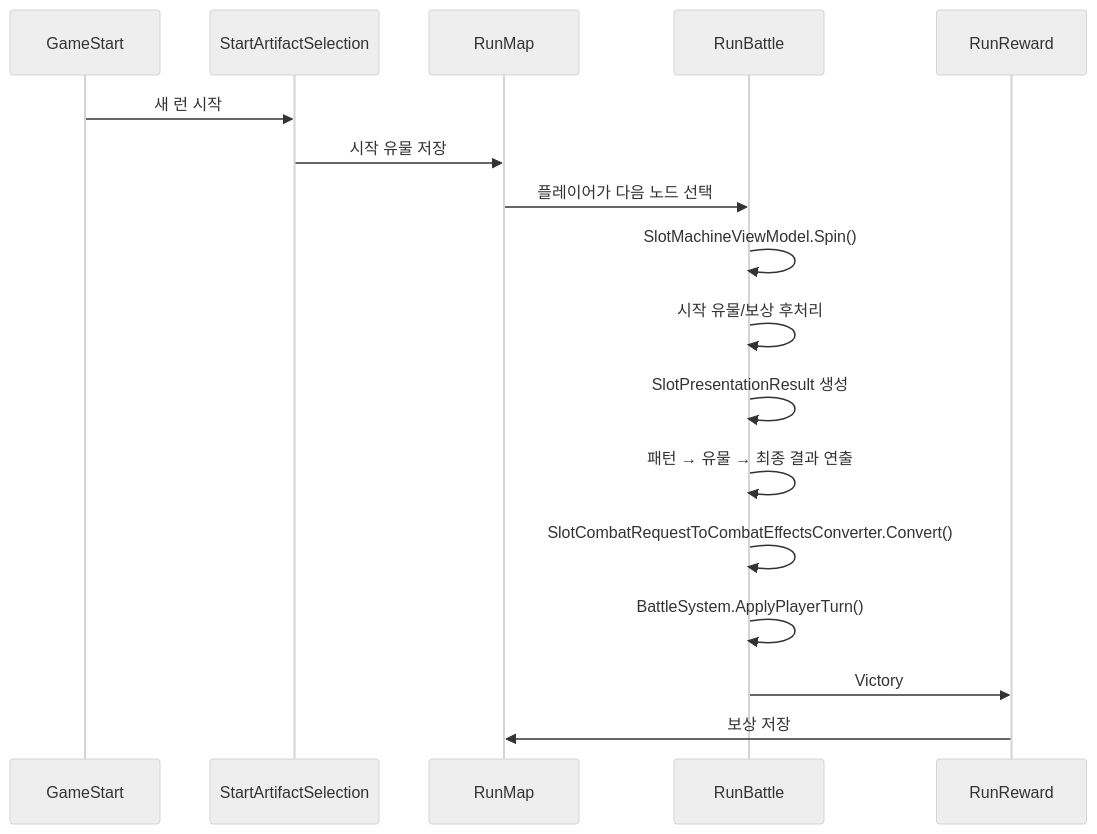
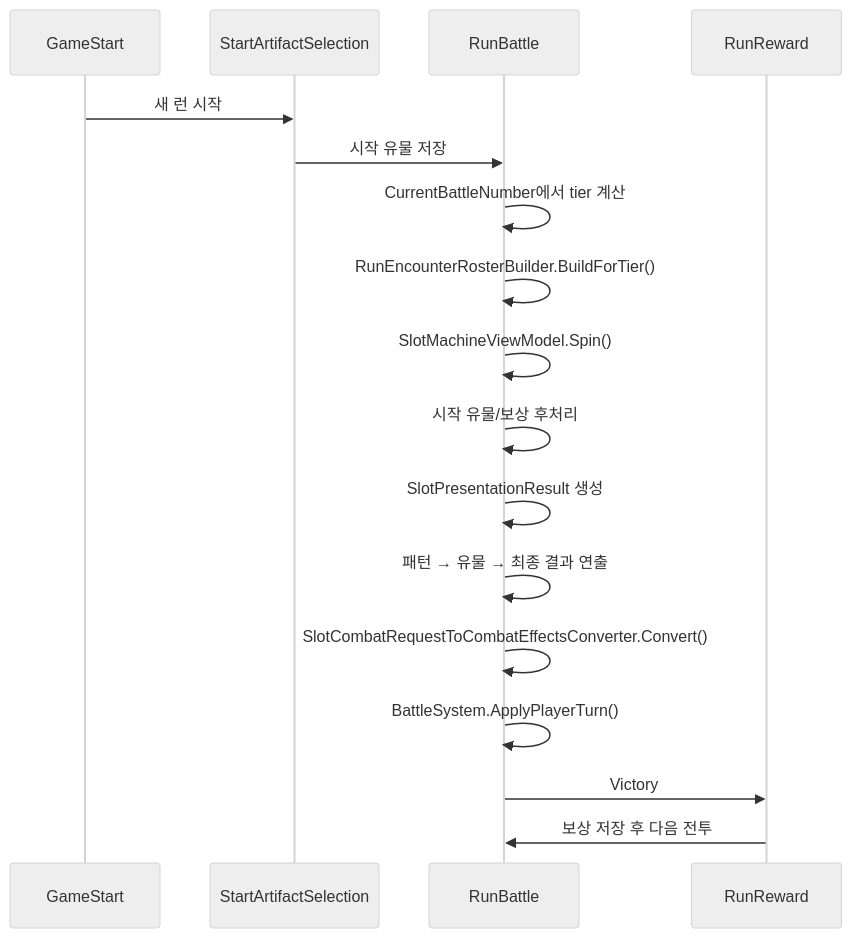
The diagram in docs/design-docs/game-flow.md (YooKyubin/SlotRogue), drawn with Mermaid (neutral theme) before and after one commit. The commit also changed other lines of this file and 1 other file, not shown here.

Commit message:
docs: tier 기반 몬스터 생성 구조 문서 반영

````diff
--- a/docs/design-docs/game-flow.md
+++ b/docs/design-docs/game-flow.md
@@ -38,19 +37,19 @@
 ```mermaid
 sequenceDiagram
     participant Start as GameStart
     participant Artifact as StartArtifactSelection
-    participant Map as RunMap
     participant Battle as RunBattle
     participant Reward as RunReward
     Start->>Artifact: 새 런 시작
-    Artifact->>Map: 시작 유물 저장
-    Map->>Battle: 플레이어가 다음 노드 선택
+    Artifact->>Battle: 시작 유물 저장
+    Battle->>Battle: CurrentBattleNumber에서 tier 계산
+    Battle->>Battle: RunEncounterRosterBuilder.BuildForTier()
     Battle->>Battle: SlotMachineViewModel.Spin()
     Battle->>Battle: 시작 유물/보상 후처리
     Battle->>Battle: SlotPresentationResult 생성
     Battle->>Battle: 패턴 → 유물 → 최종 결과 연출
     Battle->>Battle: SlotCombatRequestToCombatEffectsConverter.Convert()
     Battle->>Battle: BattleSystem.ApplyPlayerTurn()
     Battle->>Reward: Victory
-    Reward->>Map: 보상 저장
+    Reward->>Battle: 보상 저장 후 다음 전투
 ```
````
